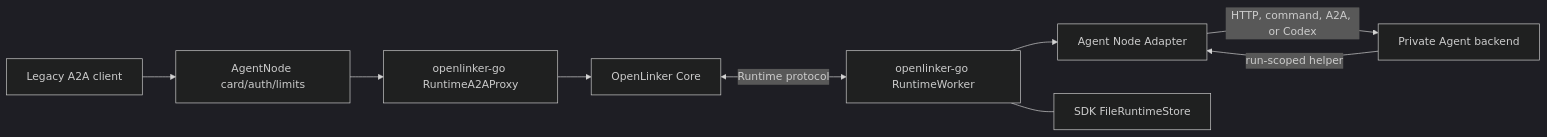
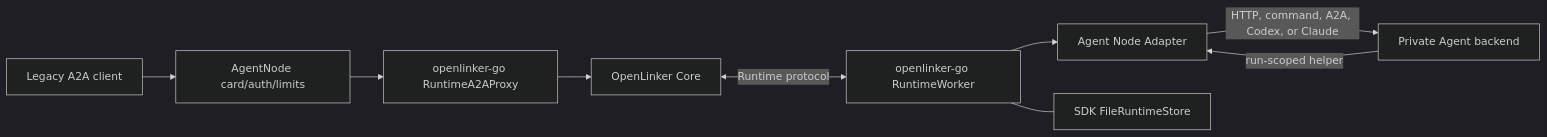
The diagram in README.md (OpenLinker-ai/openlinker-agent-node), drawn with Mermaid (dark theme) before and after one commit. The commit also changed other lines of this file and 14 other files, not shown here.

Commit message:
refactor(agent): share native Codex and Claude providers with cached preflight

````diff
--- a/README.md
+++ b/README.md
@@ -53,11 +53,11 @@
 ```mermaid
 flowchart LR
   Core["OpenLinker Core"] <-->|"Runtime protocol"| SDK["openlinker-go RuntimeWorker"]
   SDK --> Handler["Agent Node Adapter"]
-  Handler -->|"HTTP, command, A2A, or Codex"| Backend["Private Agent backend"]
+  Handler -->|"HTTP, command, A2A, Codex, or Claude"| Backend["Private Agent backend"]
   Backend -->|"run-scoped helper"| Handler
   SDK --- Store["SDK FileRuntimeStore"]
   A2AClient["Legacy A2A client"] --> Compat["AgentNode card/auth/limits"]
   Compat --> Proxy["openlinker-go RuntimeA2AProxy"]
   Proxy --> Core
 ```
````
